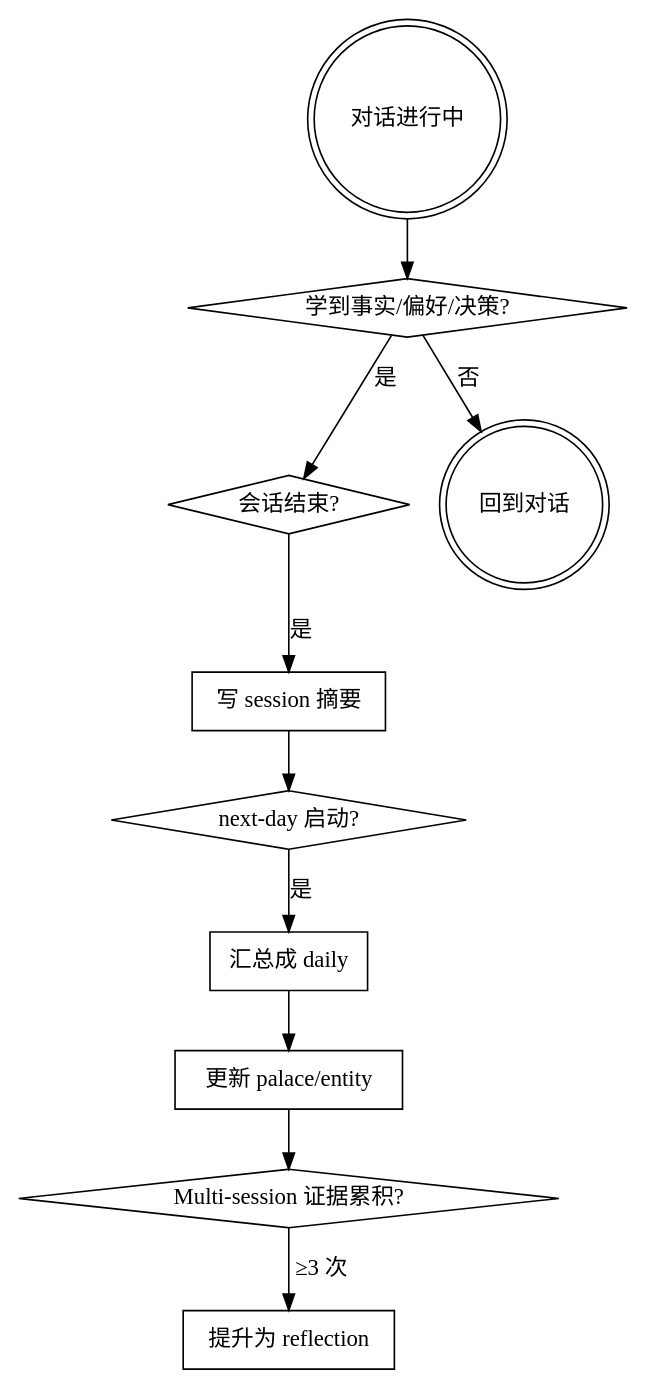
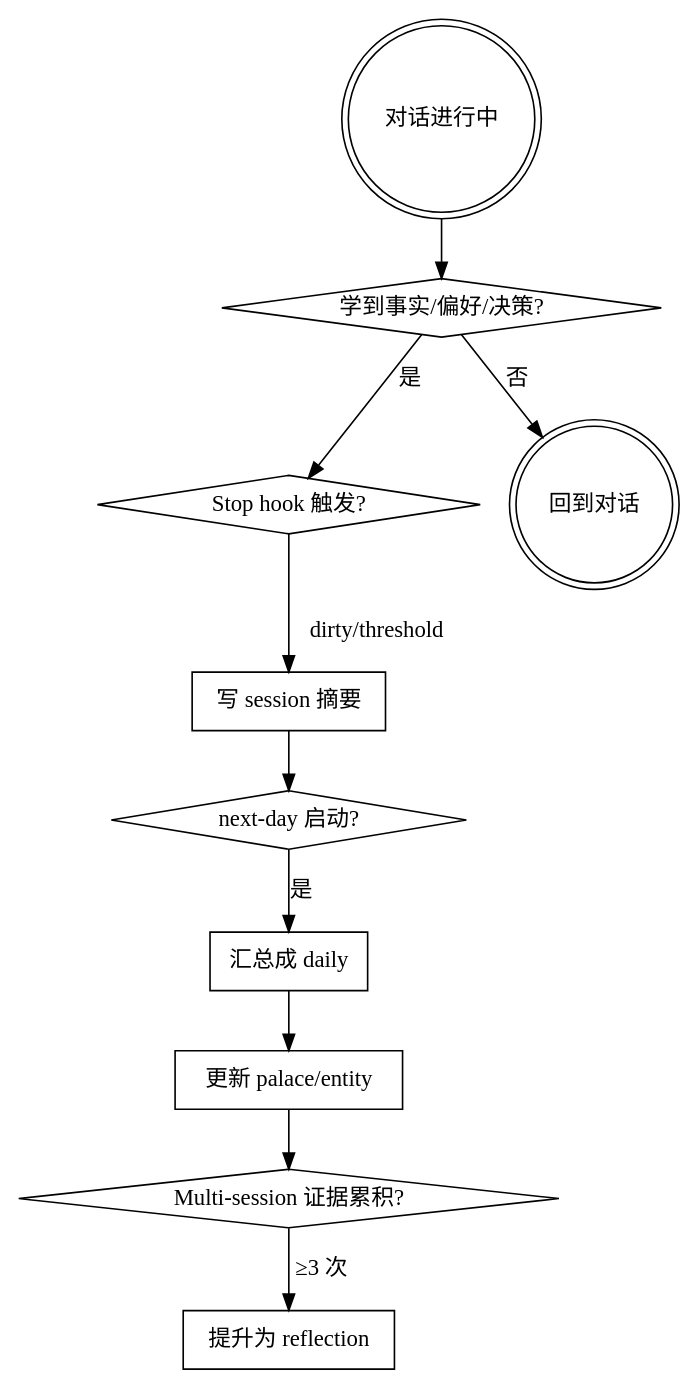
Before and after one commit to 17ya/chrono-palace-memory: the diagram in SKILL.md, drawn with Graphviz. The commit also changed other lines of this file and 7 other files, not shown here.

````diff
--- a/SKILL.md
+++ b/SKILL.md
@@ -95,24 +116,24 @@
 ```dot
 digraph write_flow {
   "对话进行中" [shape=doublecircle];
   "学到事实/偏好/决策?" [shape=diamond];
-  "会话结束?" [shape=diamond];
+  "Stop hook 触发?" [shape=diamond];
   "next-day 启动?" [shape=diamond];
   "Multi-session 证据累积?" [shape=diamond];
   "写 session 摘要" [shape=box];
   "汇总成 daily" [shape=box];
   "更新 palace/entity" [shape=box];
   "提升为 reflection" [shape=box];
   "回到对话" [shape=doublecircle];
 
   "对话进行中" -> "学到事实/偏好/决策?";
   "学到事实/偏好/决策?" -> "回到对话" [label="否"];
-  "学到事实/偏好/决策?" -> "会话结束?" [label="是"];
-  "会话结束?" -> "写 session 摘要" [label="是"];
+  "学到事实/偏好/决策?" -> "Stop hook 触发?" [label="是"];
+  "Stop hook 触发?" -> "写 session 摘要" [label="dirty/threshold"];
   "写 session 摘要" -> "next-day 启动?";
   "next-day 启动?" -> "汇总成 daily" [label="是"];
   "汇总成 daily" -> "更新 palace/entity";
   "更新 palace/entity" -> "Multi-session 证据累积?";
   "Multi-session 证据累积?" -> "提升为 reflection" [label="≥3 次"];
 }
 ```
````
